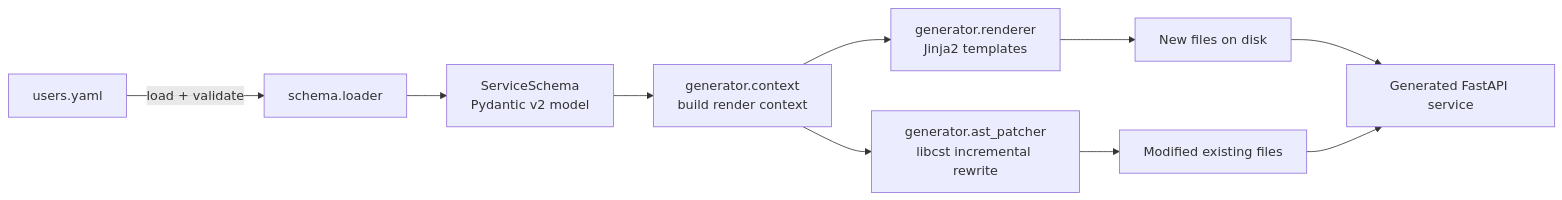
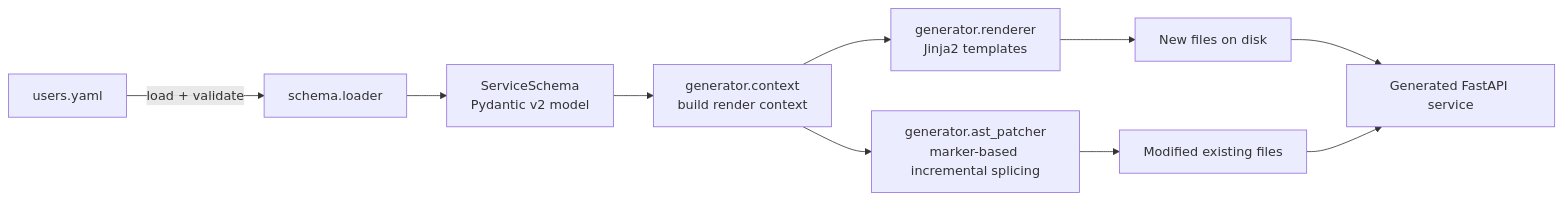
The first of 3 diagrams in docs/ARCHITECTURE.md (Abdul-Muizz1310/feathers), drawn with Mermaid before and after one commit. The commit also changed other lines of this file and 4 other files, not shown here.

First line of the commit message:
docs: describe codegen as marker splicing, not libcst AST rewriting

````diff
--- a/docs/ARCHITECTURE.md
+++ b/docs/ARCHITECTURE.md
@@ -5,12 +5,12 @@
 ```mermaid
 flowchart LR
     YAML[users.yaml] -->|load + validate| Loader[schema.loader]
     Loader --> Schema[ServiceSchema<br/>Pydantic v2 model]
     Schema --> Context[generator.context<br/>build render context]
     Context --> Renderer[generator.renderer<br/>Jinja2 templates]
-    Context --> Patcher[generator.ast_patcher<br/>libcst incremental rewrite]
+    Context --> Patcher[generator.ast_patcher<br/>marker-based incremental splicing]
     Renderer --> NewFiles[New files on disk]
     Patcher --> Modified[Modified existing files]
     NewFiles --> Service[Generated FastAPI service]
     Modified --> Service
 ```
````
